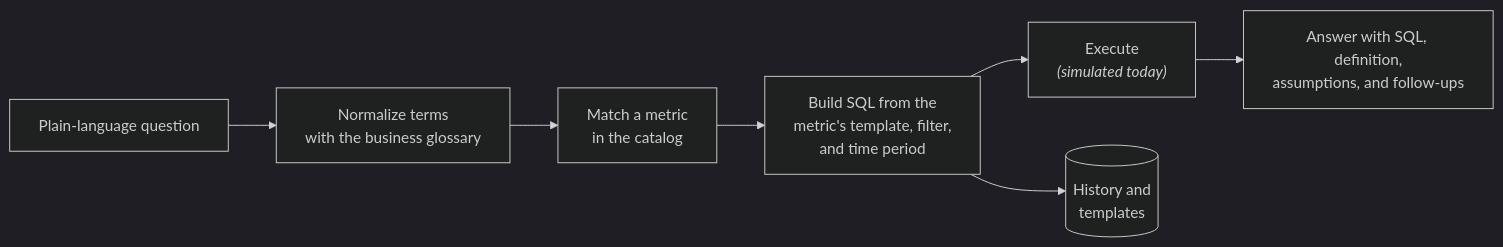
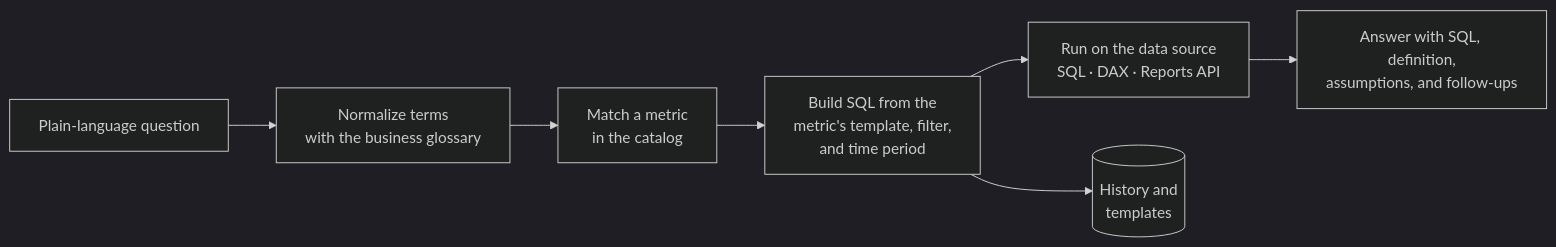
Before and after one commit to jkelleman/ai-assisted-insights-agent: the diagram in README.md, drawn with Mermaid (dark theme). The commit also changed other lines of this file and 4 other files, not shown here.

````diff
--- a/README.md
+++ b/README.md
@@ -144,9 +186,9 @@
 ```mermaid
 flowchart LR
     Q["Plain-language question"] --> G["Normalize terms<br/>with the business glossary"]
     G --> M["Match a metric<br/>in the catalog"]
     M --> S["Build SQL from the<br/>metric's template, filter,<br/>and time period"]
-    S --> E["Execute<br/><i>(simulated today)</i>"]
+    S --> E["Run on the data source<br/>SQL · DAX · Reports API"]
     E --> A["Answer with SQL, definition,<br/>assumptions, and follow-ups"]
     S --> H[("History and<br/>templates")]
 ```
````
